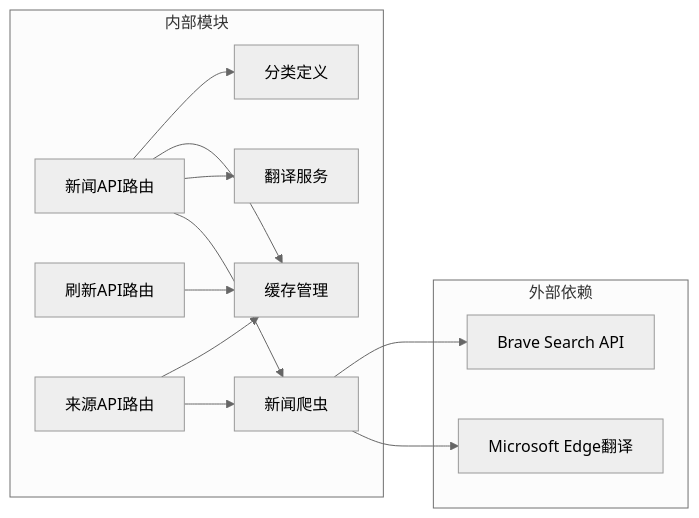
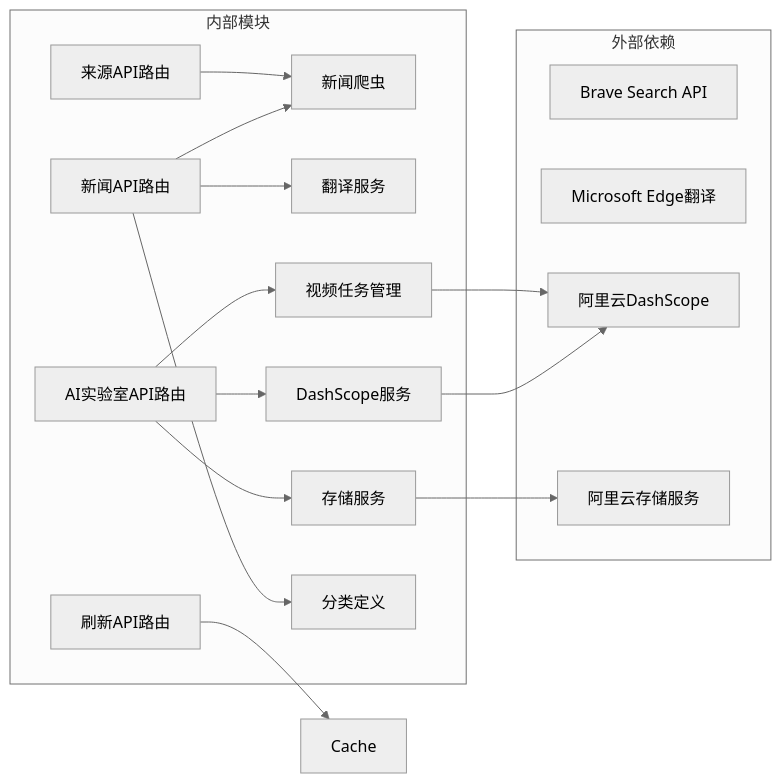
Before and after one commit to zuozuoliu740-cmd/xianxiong-news: the eighth of 8 diagrams in .qoder/repowiki/zh/content/API接口文档.md, drawn with Mermaid (neutral theme). The commit also changed other lines of this file and 6 other files, not shown here.

````diff
--- a/.qoder/repowiki/zh/content/API接口文档.md
+++ b/.qoder/repowiki/zh/content/API接口文档.md
@@ -365,25 +695,32 @@
 ```mermaid
 graph LR
 subgraph "外部依赖"
 Brave[Brave Search API]
 Edge[Microsoft Edge翻译]
+DashScope[阿里云DashScope]
+Aliyun[阿里云存储服务]
 end
 subgraph "内部模块"
 NewsRoute[新闻API路由]
 RefreshRoute[刷新API路由]
 SourcesRoute[来源API路由]
+AILabRoutes[AI实验室API路由]
 NewsScraper[新闻爬虫]
 Translator[翻译服务]
-Cache[缓存管理]
+DashScopeService[DashScope服务]
+StorageService[存储服务]
+VideoTasks[视频任务管理]
 Categories[分类定义]
 end
 NewsRoute --> NewsScraper
 NewsRoute --> Translator
-NewsRoute --> Cache
 NewsRoute --> Categories
 RefreshRoute --> Cache
 SourcesRoute --> NewsScraper
-SourcesRoute --> Cache
-NewsScraper --> Edge
-NewsScraper --> Brave
+AILabRoutes --> DashScopeService
+AILabRoutes --> StorageService
+AILabRoutes --> VideoTasks
+DashScopeService --> DashScope
+StorageService --> Aliyun
+VideoTasks --> DashScope
 ```
````
